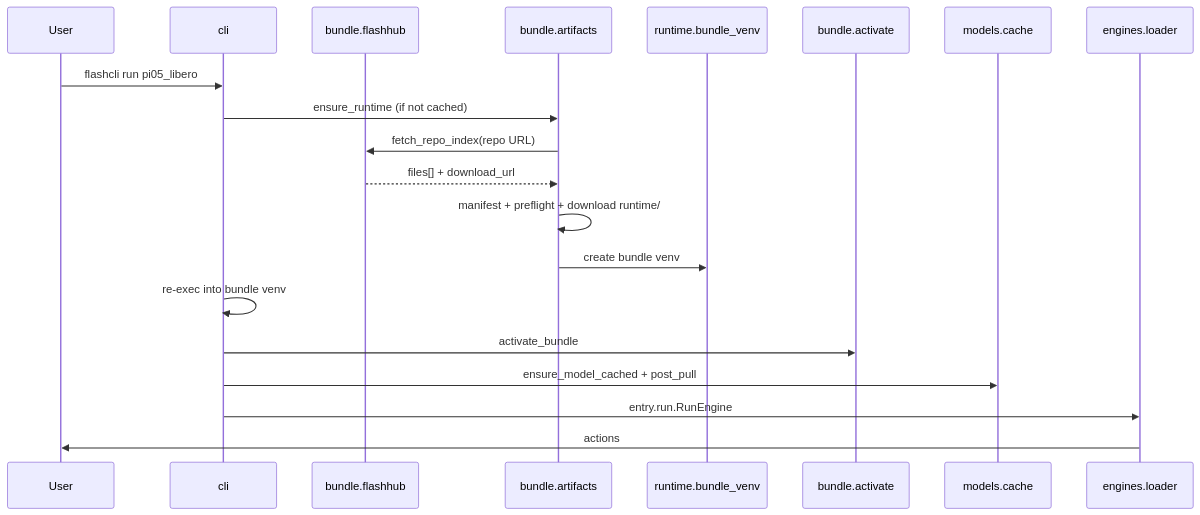
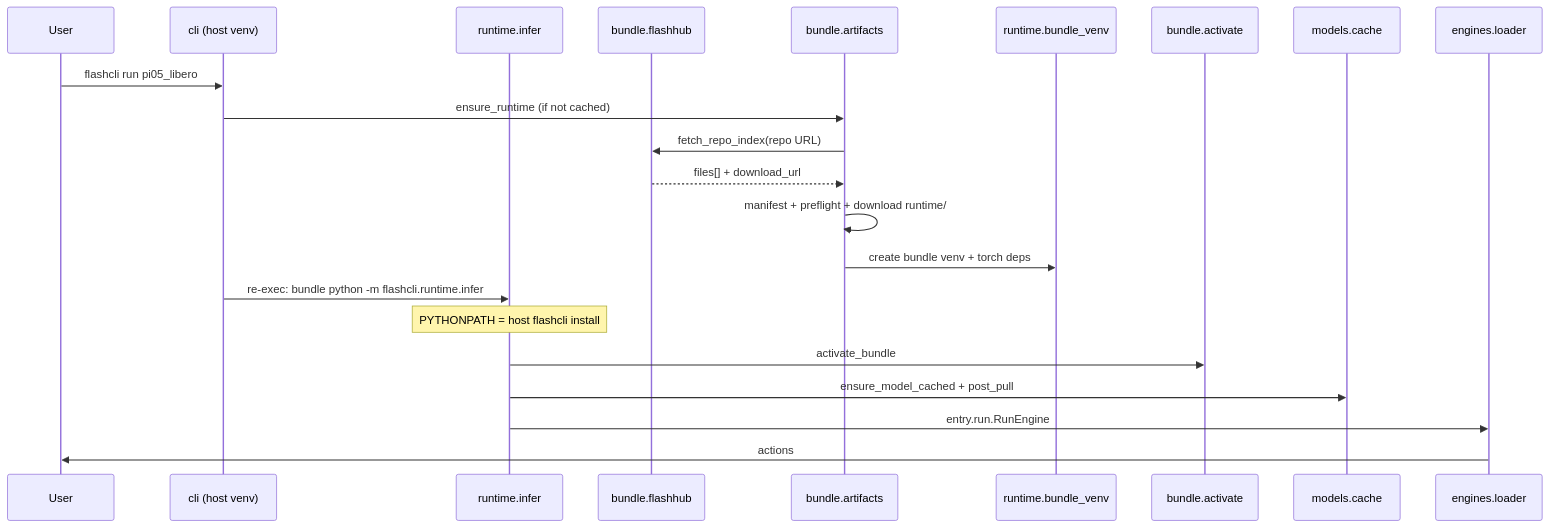
One commit to aodianyun/flashcli changed the diagram in docs/architecture.md. Above: the diagram before and after it, drawn with Mermaid. The commit also changed other lines of this file and 18 other files, not shown here.

Commit message:
fix bundle run venv

````diff
--- a/docs/architecture.md
+++ b/docs/architecture.md
@@ -33,23 +62,25 @@
 ```mermaid
 sequenceDiagram
   participant U as User
-  participant CLI as cli
+  participant CLI as cli (host venv)
+  participant Infer as runtime.infer
   participant FH as bundle.flashhub
   participant Art as bundle.artifacts
   participant Venv as runtime.bundle_venv
   participant Act as bundle.activate
   participant Cache as models.cache
   participant Ldr as engines.loader
 
   U->>CLI: flashcli run pi05_libero
   CLI->>Art: ensure_runtime (if not cached)
   Art->>FH: fetch_repo_index(repo URL)
   FH-->>Art: files[] + download_url
   Art->>Art: manifest + preflight + download runtime/
-  Art->>Venv: create bundle venv
-  CLI->>CLI: re-exec into bundle venv
-  CLI->>Act: activate_bundle
-  CLI->>Cache: ensure_model_cached + post_pull
-  CLI->>Ldr: entry.run.RunEngine
+  Art->>Venv: create bundle venv + torch deps
+  CLI->>Infer: re-exec: bundle python -m flashcli.runtime.infer
+  Note over Infer: PYTHONPATH = host flashcli install
+  Infer->>Act: activate_bundle
+  Infer->>Cache: ensure_model_cached + post_pull
+  Infer->>Ldr: entry.run.RunEngine
   Ldr->>U: actions
 ```
````
